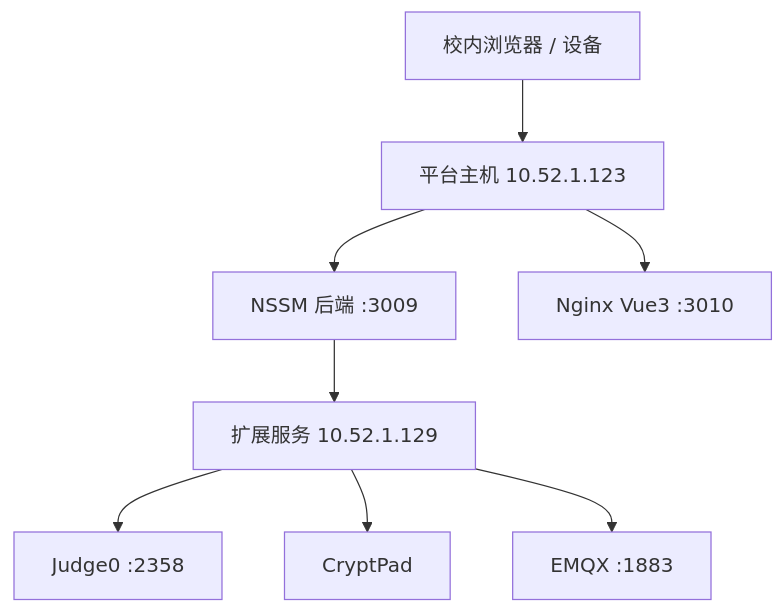
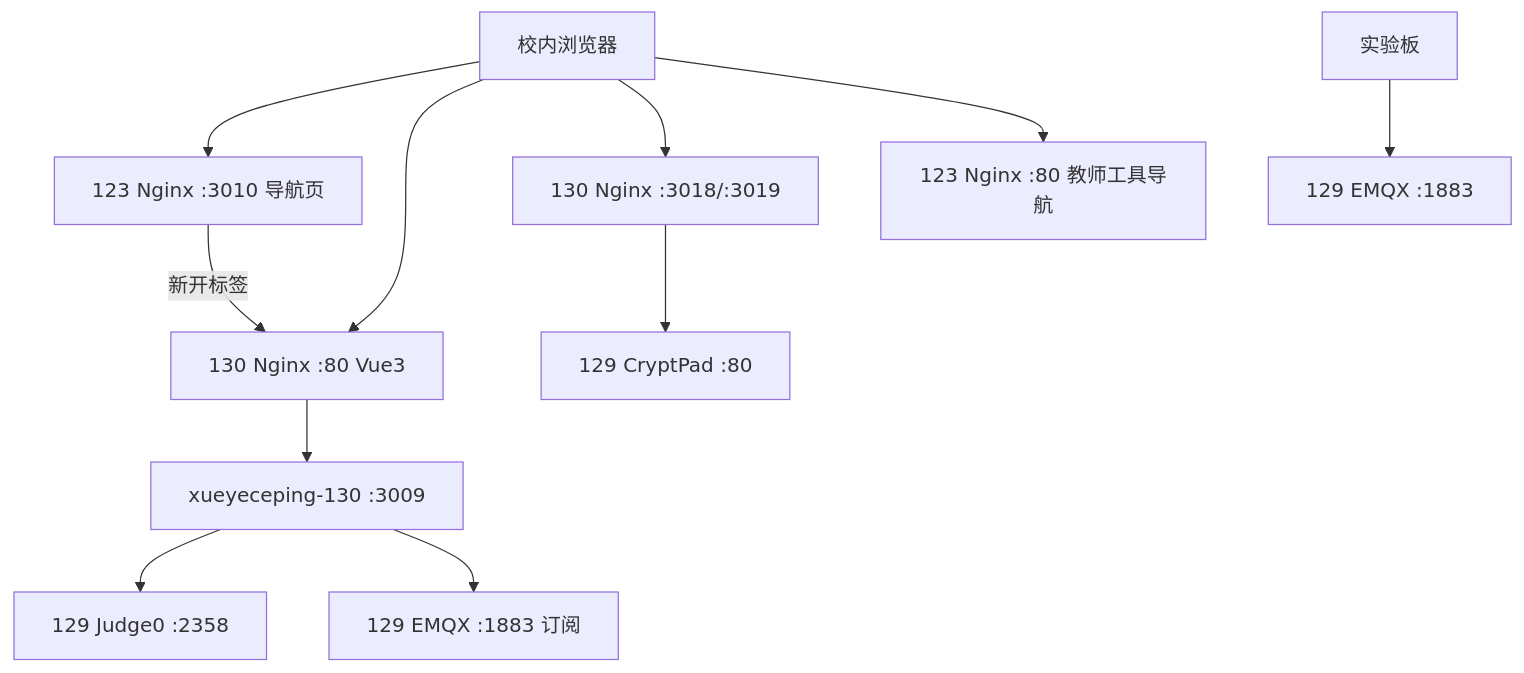
The diagram in docs/architecture/DEPLOYMENT_RUNBOOK.md (ErnestWantHappy/newdazi), drawn with Mermaid before and after one commit. The commit also changed other lines of this file and 135 other files, not shown here.

````diff
--- a/docs/architecture/DEPLOYMENT_RUNBOOK.md
+++ b/docs/architecture/DEPLOYMENT_RUNBOOK.md
@@ -5,10 +8,13 @@
 ```mermaid
 flowchart TB
-    Client[校内浏览器 / 设备] --> P[平台主机 10.52.1.123]
-    P --> API[NSSM 后端 :3009]
-    P --> WEB[Nginx Vue3 :3010]
-    API --> Ext[扩展服务 10.52.1.129]
-    Ext --> Judge0[Judge0 :2358]
-    Ext --> CryptPad[CryptPad]
-    Ext --> Emqx[EMQX :1883]
+    Client[校内浏览器] --> Nav[123 Nginx :3010 导航页]
+    Nav -->|新开标签| WEB80[130 Nginx :80 Vue3]
+    Client --> WEB80
+    Client --> GW[130 Nginx :3018/:3019]
+    WEB80 --> API[xueyeceping-130 :3009]
+    API --> Judge0[129 Judge0 :2358]
+    API --> EmqxSub[129 EMQX :1883 订阅]
+    GW --> CryptPad[129 CryptPad :80]
+    Device[实验板] --> Emqx[129 EMQX :1883]
+    Client --> Tools[123 Nginx :80 教师工具导航]
 ```
````
